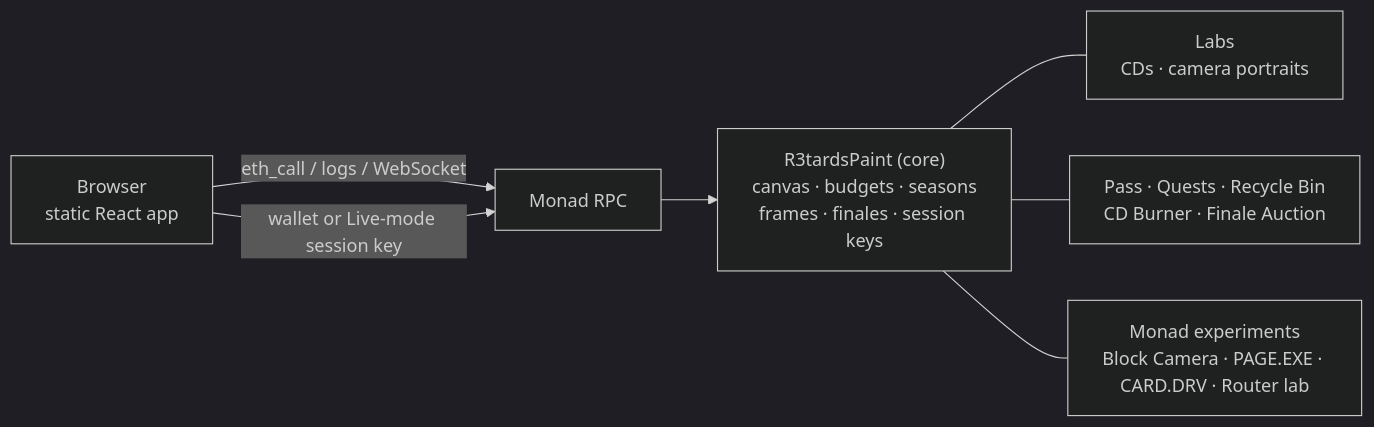
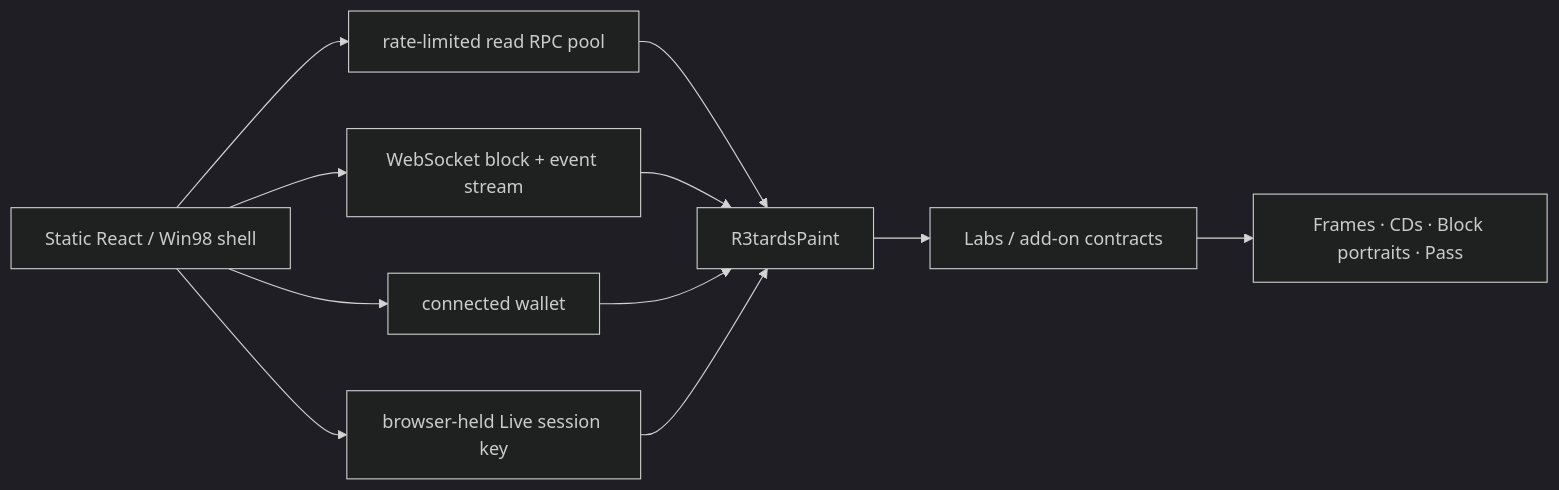
Before and after one commit to dreiki-nft/r3OS: the diagram in README.md, drawn with Mermaid (dark theme). The commit also changed other lines of this file and 91 other files, not shown here.

````diff
--- a/README.md
+++ b/README.md
@@ -80,9 +79,13 @@
 ```mermaid
 flowchart LR
-  B["Browser<br/>static React app"] -- "eth_call / logs / WebSocket" --> R["Monad RPC"]
-  B -- "wallet or Live-mode session key" --> R
-  R --> P["R3tardsPaint (core)<br/>canvas · budgets · seasons<br/>frames · finales · session keys"]
-  P --- L["Labs<br/>CDs · camera portraits"]
-  P --- X["Pass · Quests · Recycle Bin<br/>CD Burner · Finale Auction"]
-  P --- H["Monad experiments<br/>Block Camera · PAGE.EXE · CARD.DRV · Router lab"]
+  UI["Static React / Win98 shell"] --> READ["rate-limited read RPC pool"]
+  UI --> WS["WebSocket block + event stream"]
+  UI --> WALLET["connected wallet"]
+  UI --> LIVE["browser-held Live session key"]
+  READ --> PAINT["R3tardsPaint"]
+  WS --> PAINT
+  WALLET --> PAINT
+  LIVE --> PAINT
+  PAINT --> LABS["Labs / add-on contracts"]
+  LABS --> NFT["Frames · CDs · Block portraits · Pass"]
 ```
````
